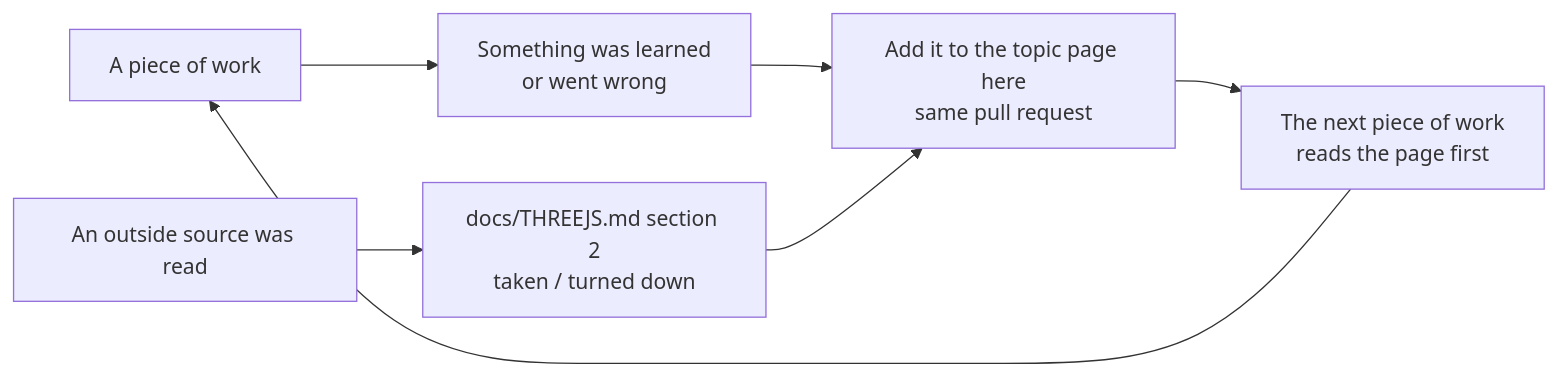
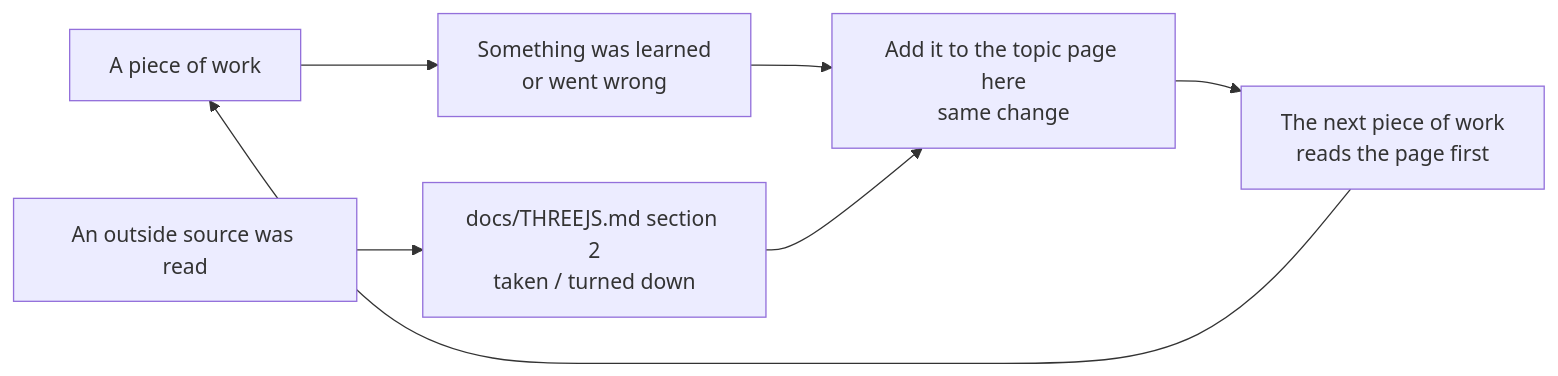
Before and after one commit to KeithMoc/big-blue-tales: the diagram in docs/knowledge/README.md, drawn with Mermaid. The commit also changed other lines of this file and 54 other files, not shown here.

````diff
--- a/docs/knowledge/README.md
+++ b/docs/knowledge/README.md
@@ -10,9 +10,9 @@
 ```mermaid
 flowchart LR
   work[A piece of work] --> learn[Something was learned<br/>or went wrong]
-  learn --> page[Add it to the topic page here<br/>same pull request]
+  learn --> page[Add it to the topic page here<br/>same change]
   ref[An outside source was read] --> review[docs/THREEJS.md section 2<br/>taken / turned down]
   review --> page
   page --> next[The next piece of work<br/>reads the page first]
   next --> work
 ```
````
